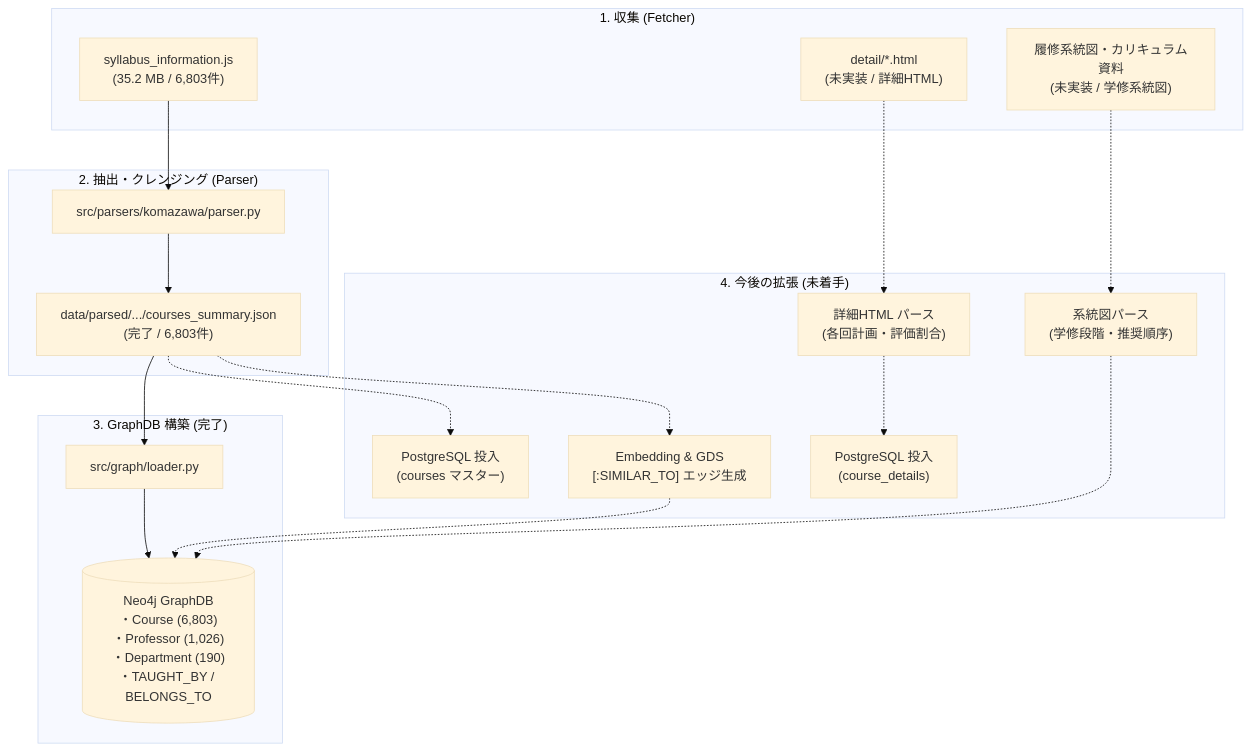
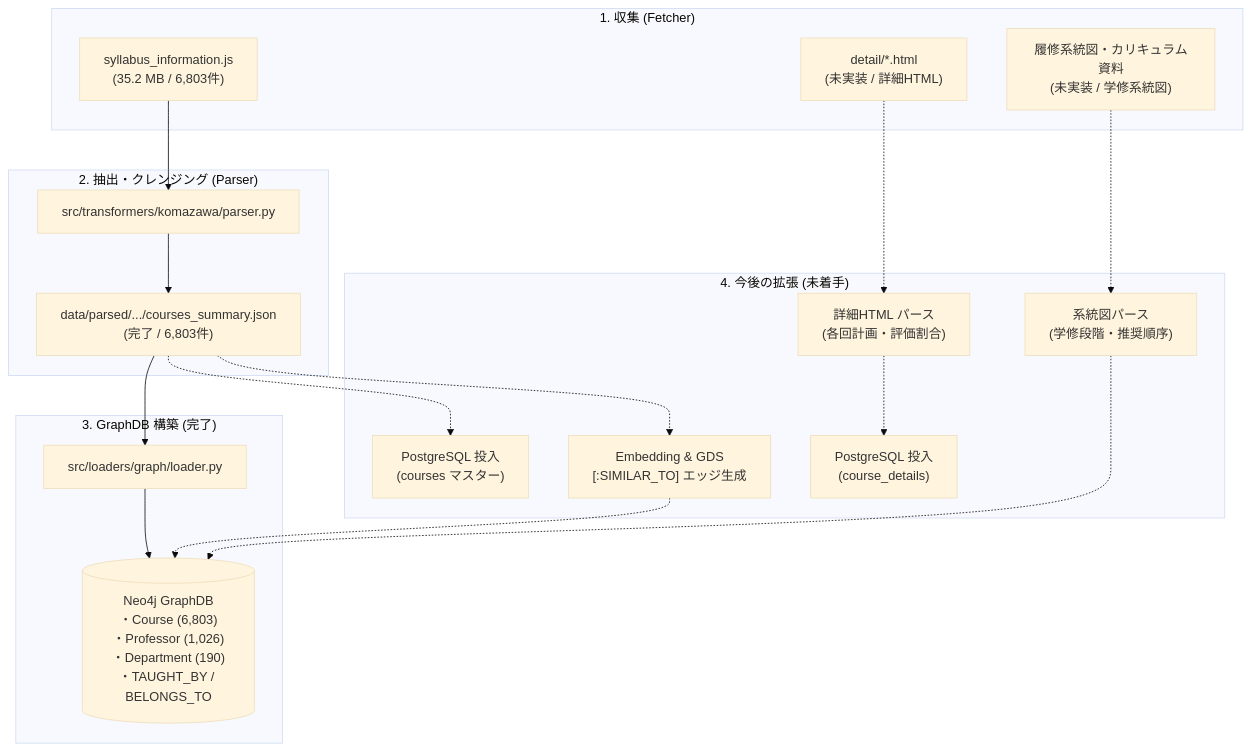
One commit to cyanosome/course-navigator changed the diagram in ingestion/README.md. Above: the diagram before and after it, drawn with Mermaid (base theme). The commit also changed other lines of this file and 2 other files, not shown here.

````diff
--- a/ingestion/README.md
+++ b/ingestion/README.md
@@ -105,30 +108,30 @@
 ```mermaid
 flowchart TD
     subgraph Extract["1. 収集 (Fetcher)"]
         RawJS["syllabus_information.js<br/>(35.2 MB / 6,803件)"]
         RawHTML["detail/*.html<br/>(未実装 / 詳細HTML)"]
         RawTree["履修系統図・カリキュラム資料<br/>(未実装 / 学修系統図)"]
     end
 
     subgraph Transform["2. 抽出・クレンジング (Parser)"]
-        Parser["src/parsers/komazawa/parser.py"]
+        Parser["src/transformers/komazawa/parser.py"]
         RawJS --> Parser
         SummaryJSON["data/parsed/.../courses_summary.json<br/>(完了 / 6,803件)"]
         Parser --> SummaryJSON
     end
 
     subgraph LoadGraph["3. GraphDB 構築 (完了)"]
-        SummaryJSON --> Loader["src/graph/loader.py"]
+        SummaryJSON --> Loader["src/loaders/graph/loader.py"]
         Loader --> Neo4j[("Neo4j GraphDB<br/>・Course (6,803)<br/>・Professor (1,026)<br/>・Department (190)<br/>・TAUGHT_BY / BELONGS_TO")]
     end
 
     subgraph Pending["4. 今後の拡張 (未着手)"]
         SummaryJSON -.-> LoadPG["PostgreSQL 投入<br/>(courses マスター)"]
         RawHTML -.-> DetailParser["詳細HTML パース<br/>(各回計画・評価割合)"]
         DetailParser -.-> PG_Detail["PostgreSQL 投入<br/>(course_details)"]
         RawTree -.-> TreeParser["系統図パース<br/>(学修段階・推奨順序)"]
         TreeParser -.-> Neo4j
         SummaryJSON -.-> Embed["Embedding & GDS<br/>[:SIMILAR_TO] エッジ生成"]
         Embed -.-> Neo4j
     end
 ```
````
